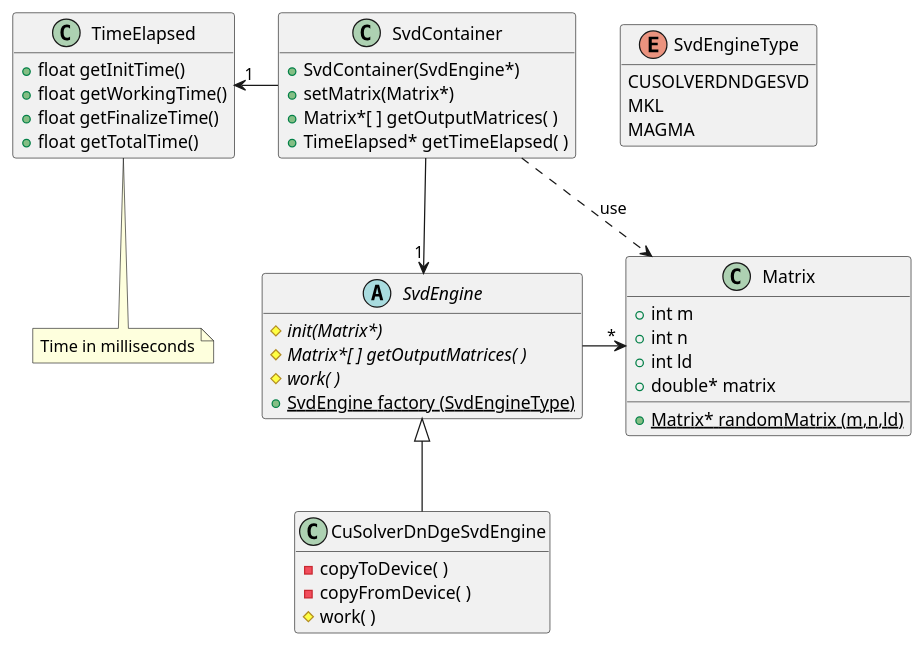
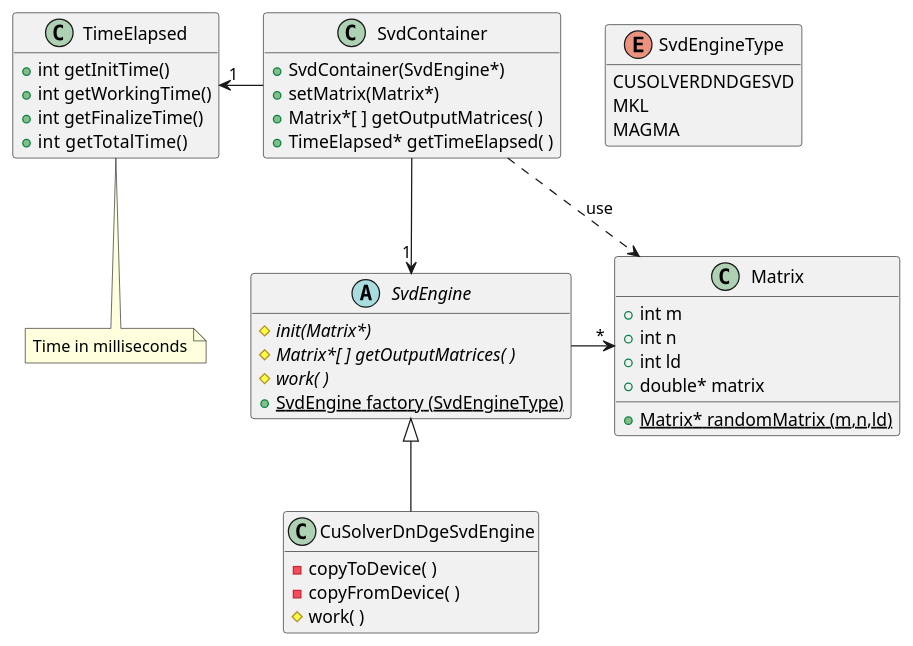
The diagram in uml/src/classDiagram.puml (newfla/CUDA-K-SVD-Denoising), drawn with PlantUML before and after one commit. The commit also changed 9 other files, not shown here.

```diff
--- a/uml/src/classDiagram.puml
+++ b/uml/src/classDiagram.puml
@@ -1,60 +1,60 @@
 @startuml diagrammaSVD
 
 class Matrix{
     + int m
     + int n
     + int ld
     + double* matrix
     {static} + Matrix* randomMatrix (m,n,ld)
 
 }
 
 abstract class SvdEngine{
     
     {abstract} # init(Matrix*)
     {abstract} # Matrix*[ ] getOutputMatrices( )
     {abstract} # work( )
     {static} + SvdEngine factory (SvdEngineType)
 }
 
 enum SvdEngineType{
         CUSOLVERDNDGESVD
         MKL
         MAGMA
 }
 
 class CuSolverDnDgeSvdEngine{
     - copyToDevice( )
     - copyFromDevice( )
     # work( )
 }
 
 class TimeElapsed{
-    + float getInitTime()
-    + float getWorkingTime()
-    + float getFinalizeTime()
-    + float getTotalTime()
+    + int getInitTime()
+    + int getWorkingTime()
+    + int getFinalizeTime()
+    + int  getTotalTime()
 }
 
 note bottom: Time in milliseconds
 
 class SvdContainer{
     + SvdContainer(SvdEngine*)
     + setMatrix(Matrix*)
     + Matrix*[ ] getOutputMatrices( )
     + TimeElapsed* getTimeElapsed( )
 }
 
 SvdContainer ..>  Matrix : use
 SvdContainer --> "1" SvdEngine
 TimeElapsed "1" <- SvdContainer
 SvdEngine -> "*" Matrix
 SvdEngine <|-- CuSolverDnDgeSvdEngine
 
 hide SvdEngine fields
 hide TimeElapsed fields
 hide SvdContainer fields
 hide CuSolverDnDgeSvdEngine fields
 hide SvdEngineType methods
 
 @enduml
```
